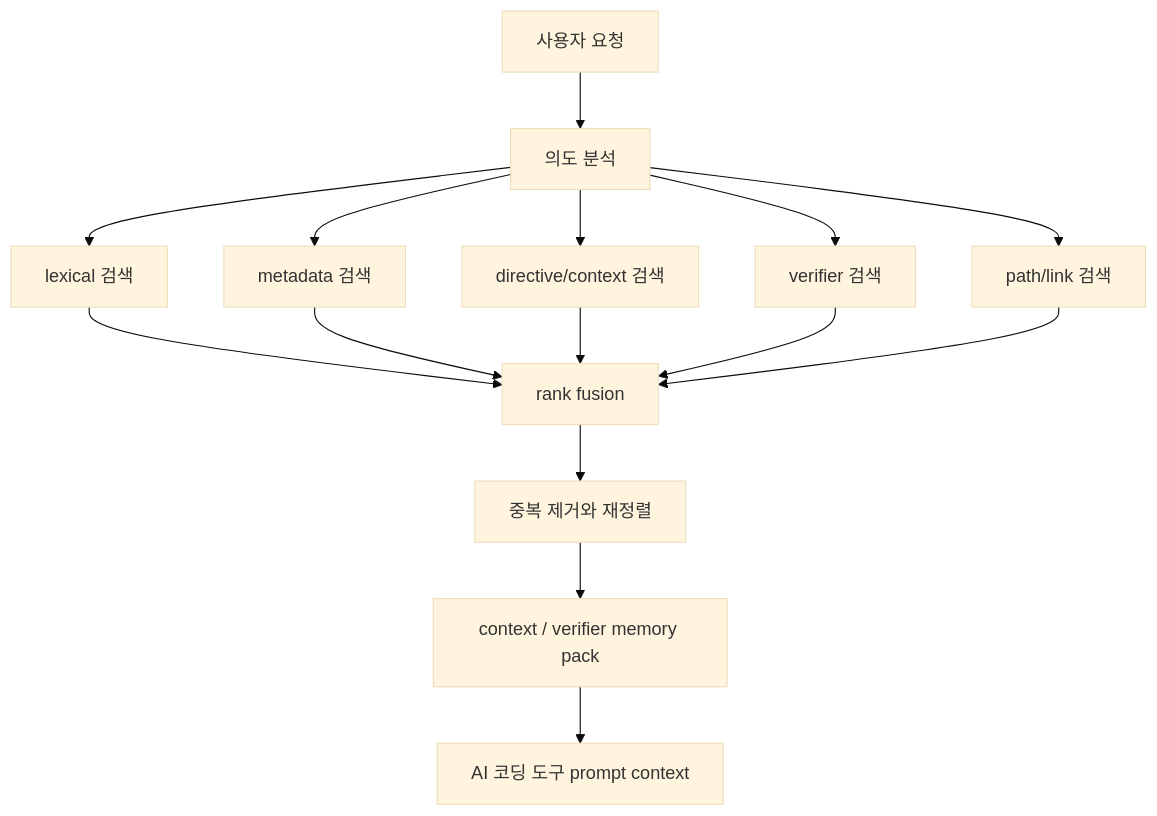
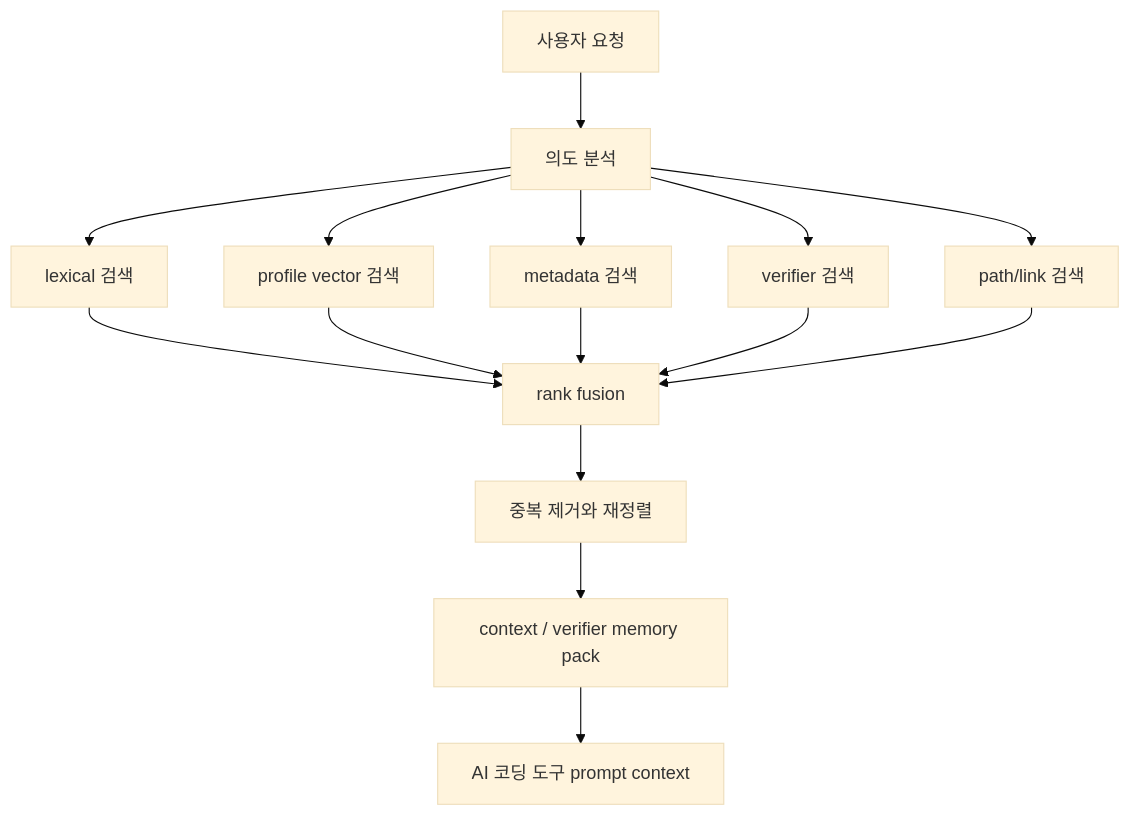
The fifth of 8 diagrams in README.md (lteawoo/MemAssist), drawn with Mermaid (base theme) before and after one commit. The commit also changed other lines of this file and 52 other files, not shown here.

````diff
--- a/README.md
+++ b/README.md
@@ -275,17 +288,17 @@
 ```mermaid
 flowchart TD
     A[사용자 요청] --> B[의도 분석]
     B --> C[lexical 검색]
-    B --> D[metadata 검색]
-    B --> E[directive/context 검색]
+    B --> D[profile vector 검색]
+    B --> E[metadata 검색]
     B --> F[verifier 검색]
     B --> G[path/link 검색]
     C --> H[rank fusion]
     D --> H
     E --> H
     F --> H
     G --> H
     H --> I[중복 제거와 재정렬]
     I --> J[context / verifier memory pack]
     J --> K[AI 코딩 도구 prompt context]
 ```
````
